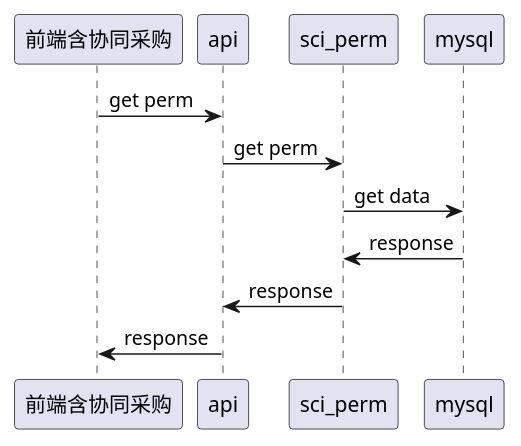
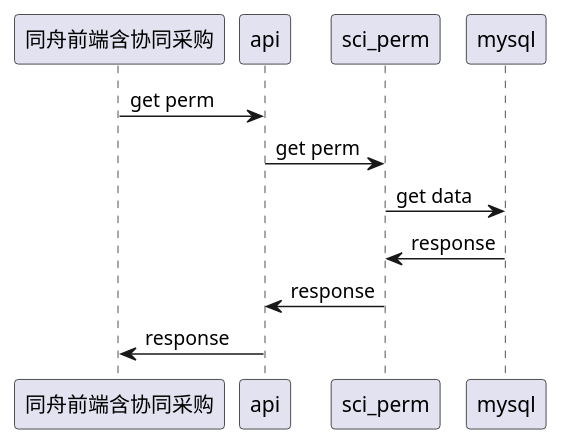
Before and after one commit to cmCAFEBABE/myProjects: the diagram in my_study/src/main/resources/project/plant_uml/同舟公告栏/数据共享二期_权限流图.puml, drawn with PlantUML. The commit also changed 28 other files, not shown here.

```diff
--- a/my_study/src/main/resources/project/plant_uml/同舟公告栏/数据共享二期_权限流图.puml
+++ b/my_study/src/main/resources/project/plant_uml/同舟公告栏/数据共享二期_权限流图.puml
@@ -1,8 +1,8 @@
 @startuml
-前端含协同采购 -> api: get perm
+同舟前端含协同采购 -> api: get perm
 api -> sci_perm: get perm
 sci_perm -> mysql: get data
 mysql -> sci_perm:response
 sci_perm -> api:response
-api -> 前端含协同采购: response
+api -> 同舟前端含协同采购: response
 @enduml
```
